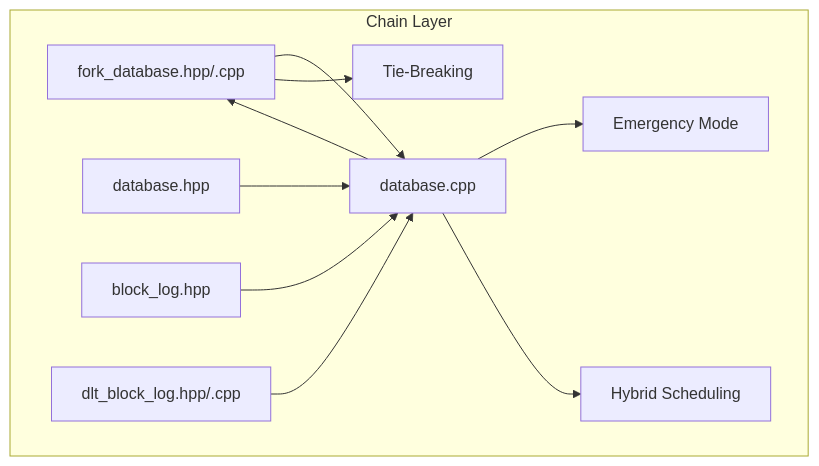
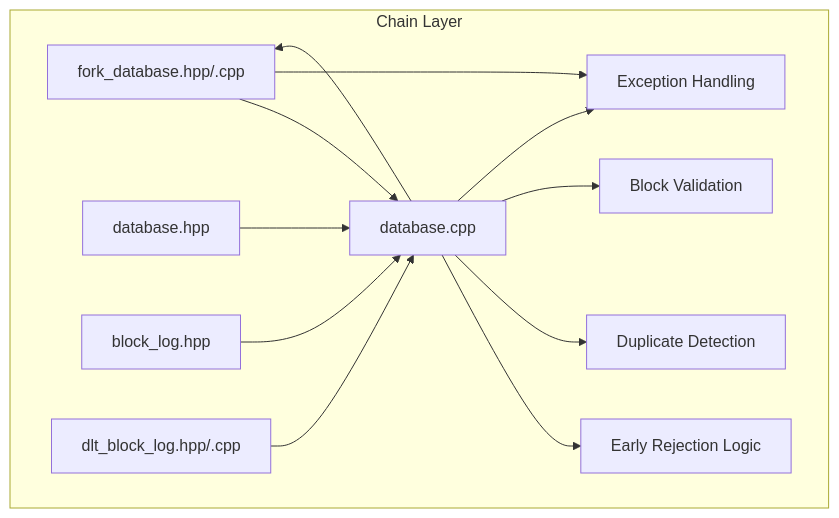
The first of 13 diagrams in .qoder/repowiki/en/content/Architecture Overview/Core Libraries/Chain Library/Fork Resolution and Consensus.md (VIZ-Blockchain/viz-cpp-node), drawn with Mermaid before and after one commit. The commit also changed other lines of this file and 4 other files, not shown here.

First line of the commit message:
feat(fork_database): add sophisticated early rejection and duplicate detection logic

````diff
--- a/.qoder/repowiki/en/content/Architecture Overview/Core Libraries/Chain Library/Fork Resolution and Consensus.md
+++ b/.qoder/repowiki/en/content/Architecture Overview/Core Libraries/Chain Library/Fork Resolution and Consensus.md
@@ -52,21 +51,24 @@
 ```mermaid
 graph TB
 subgraph "Chain Layer"
 FD["fork_database.hpp/.cpp"]
 DBH["database.hpp"]
 DBC["database.cpp"]
 BLH["block_log.hpp"]
 DLTH["dlt_block_log.hpp/.cpp"]
-END["Emergency Mode"]
-END2["Hybrid Scheduling"]
-END3["Tie-Breaking"]
+END["Early Rejection Logic"]
+END2["Duplicate Detection"]
+END3["Block Validation"]
+END4["Exception Handling"]
 end
 FD --> DBC
 DBH --> DBC
 BLH --> DBC
 DLTH --> DBC
 DBC --> FD
 DBC --> END
 DBC --> END2
-FD --> END3
+DBC --> END3
+DBC --> END4
+FD --> END4
 ```
````
